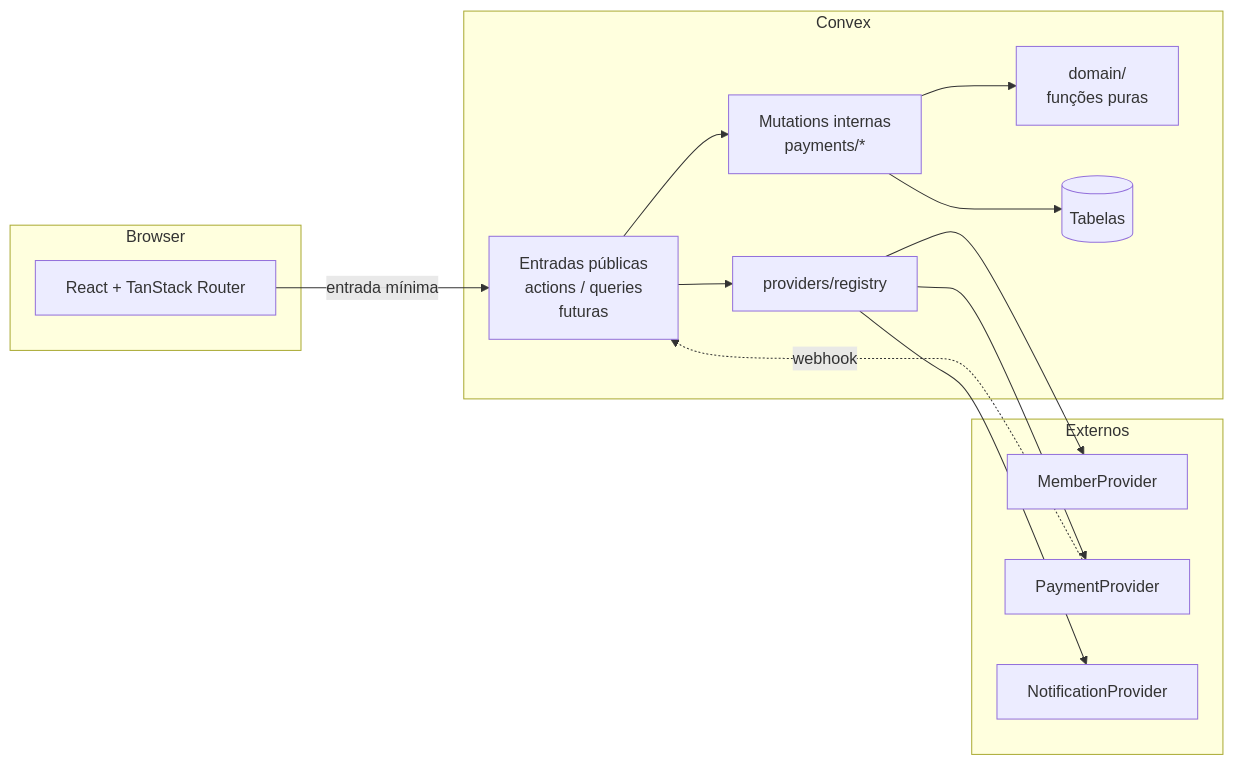
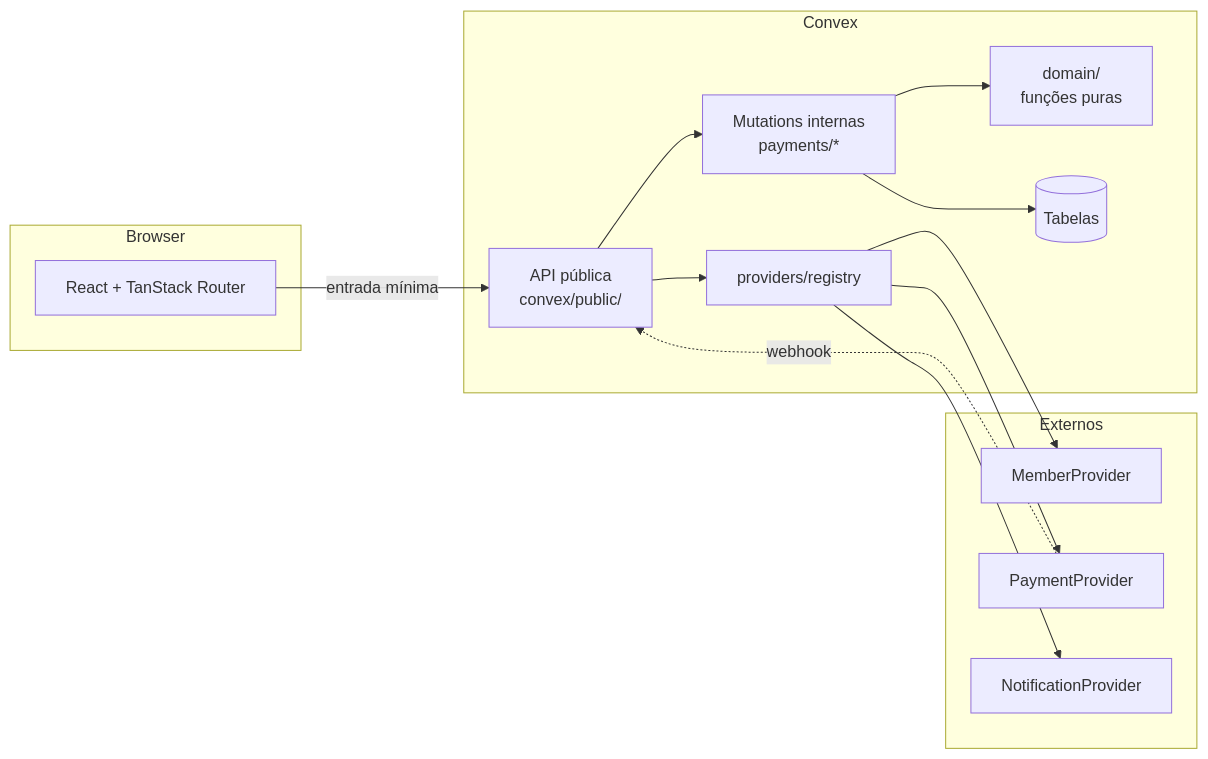
One commit to cleberrandreazza/sindicato changed the first of 4 diagrams in docs/architecture.md. Above: the diagram before and after it, drawn with Mermaid. The commit also changed other lines of this file and 100 other files, not shown here.

````diff
--- a/docs/architecture.md
+++ b/docs/architecture.md
@@ -11,27 +11,27 @@
 ```mermaid
 flowchart LR
   subgraph Browser
     UI[React + TanStack Router]
   end
   subgraph Convex
-    PUB[Entradas públicas<br/>actions / queries<br/>futuras]
+    PUB[API pública<br/>convex/public/]
     FN[Mutations internas<br/>payments/*]
     DOM[domain/<br/>funções puras]
     DB[(Tabelas)]
     REG[providers/registry]
   end
   subgraph Externos
     MP[MemberProvider]
     PP[PaymentProvider]
     NP[NotificationProvider]
   end
   UI -->|entrada mínima| PUB
   PUB --> REG
   PUB --> FN
   FN --> DOM
   FN --> DB
   REG --> MP
   REG --> PP
   REG --> NP
   PP -. webhook .-> PUB
 ```
````
